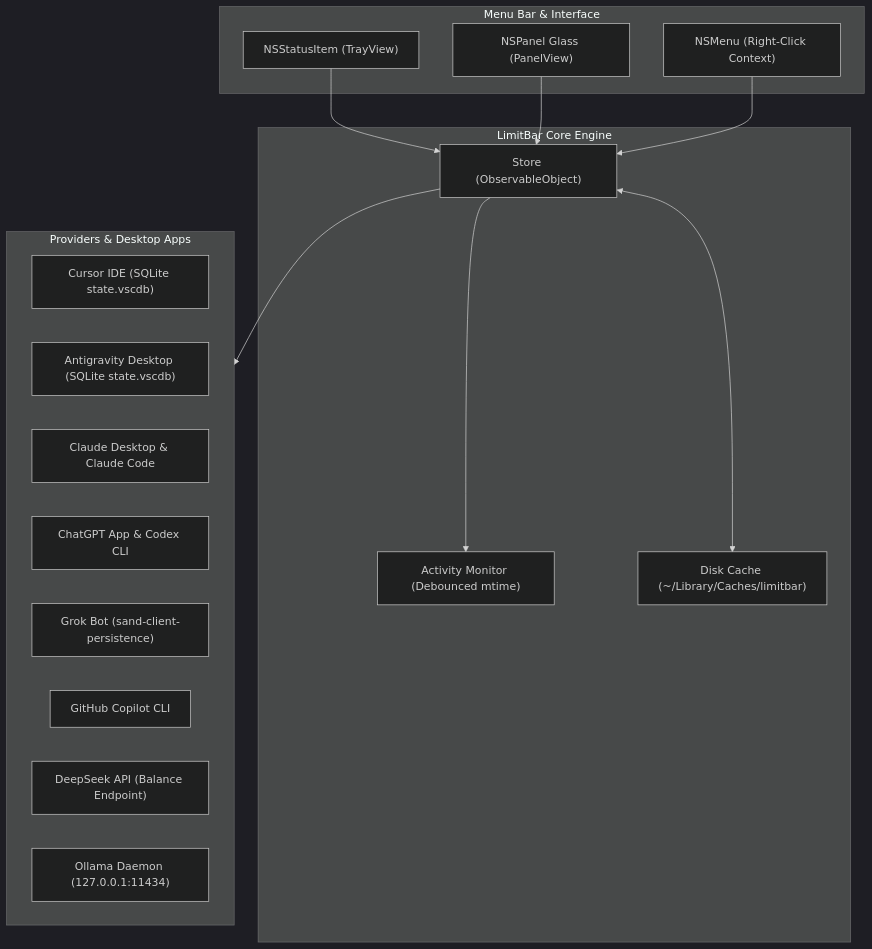
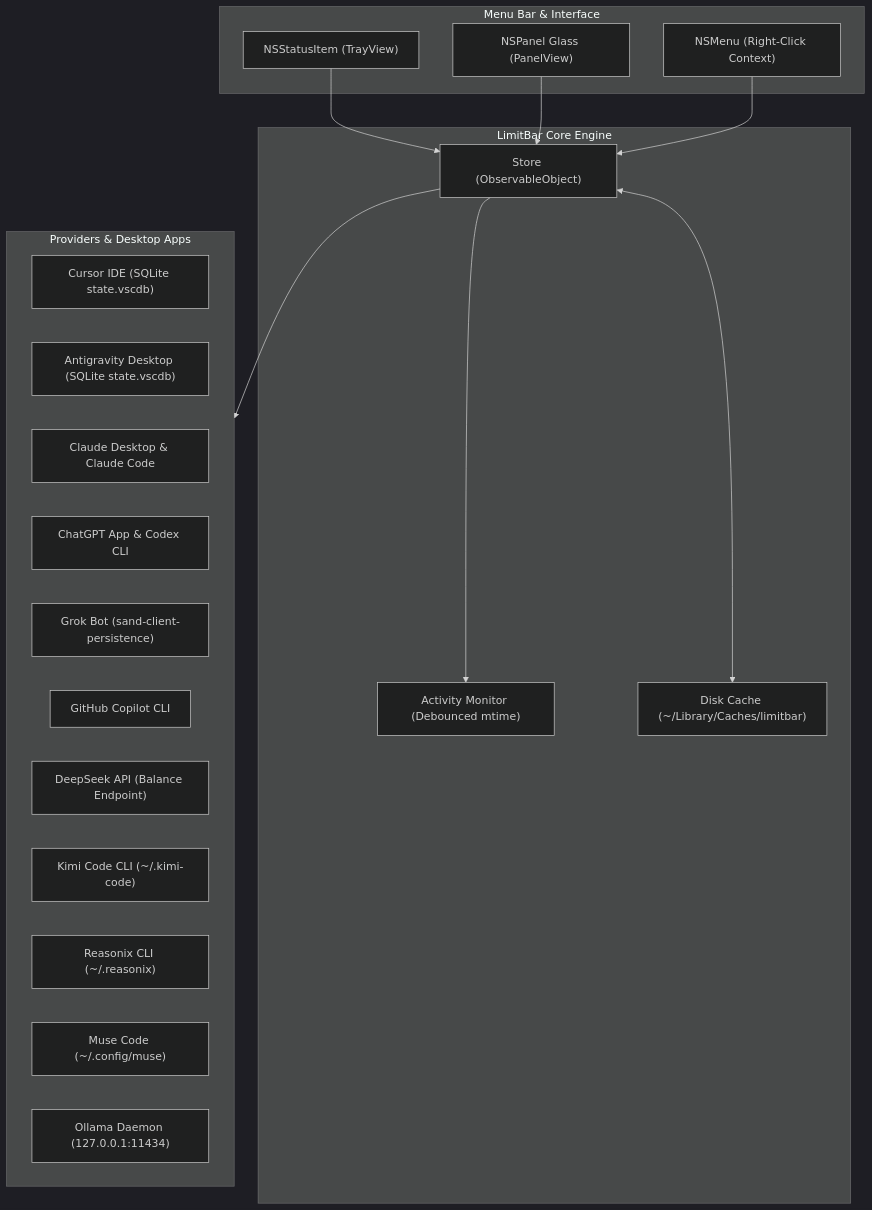
One commit to w13/limitbar changed the diagram in README.md. Above: the diagram before and after it, drawn with Mermaid (dark theme). The commit also changed other lines of this file and 9 other files, not shown here.

Commit message:
feat: add support for Kimi Code, Reasonix CLI, and Muse Code

````diff
--- a/README.md
+++ b/README.md
@@ -155,32 +158,35 @@
 ```mermaid
 flowchart TD
     subgraph UI ["Menu Bar & Interface"]
         Tray["NSStatusItem (TrayView)"]
         Panel["NSPanel Glass (PanelView)"]
         Menu["NSMenu (Right-Click Context)"]
     end
 
     subgraph Core ["LimitBar Core Engine"]
         Store["Store (ObservableObject)"]
         Activity["Activity Monitor (Debounced mtime)"]
         Cache["Disk Cache (~/Library/Caches/limitbar)"]
     end
 
     subgraph Integrations ["Providers & Desktop Apps"]
         Cursor["Cursor IDE (SQLite state.vscdb)"]
         Antigravity["Antigravity Desktop (SQLite state.vscdb)"]
         Claude["Claude Desktop & Claude Code"]
         ChatGPT["ChatGPT App & Codex CLI"]
         Grok["Grok Bot (sand-client-persistence)"]
         Copilot["GitHub Copilot CLI"]
         DeepSeek["DeepSeek API (Balance Endpoint)"]
+        Kimi["Kimi Code CLI (~/.kimi-code)"]
+        Reasonix["Reasonix CLI (~/.reasonix)"]
+        Muse["Muse Code (~/.config/muse)"]
         Ollama["Ollama Daemon (127.0.0.1:11434)"]
     end
 
     Tray --> Store
     Panel --> Store
     Menu --> Store
     Store <--> Cache
     Store --> Activity
     Store --> Integrations
 ```
````
